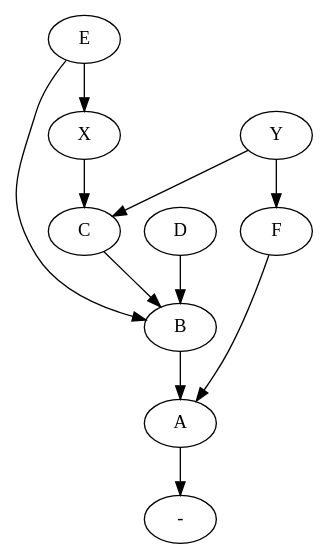
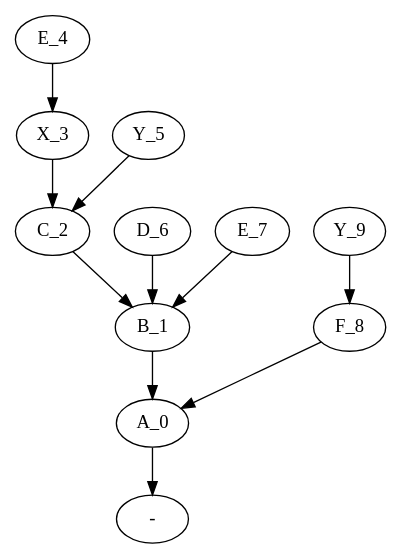
The diagram in test.dot (yigitcelik/PP_analyst), drawn with Graphviz before and after one commit. The commit also changed 6 other files, not shown here.

```diff
--- a/test.dot
+++ b/test.dot
@@ -1,12 +1,12 @@
 strict digraph "" {
-	A -> "-"	[weight=10];
-	B -> A	[weight=25];
-	C -> B	[weight=20];
-	X -> C	[weight=150];
-	F -> A	[weight=5];
-	E -> B	[weight=30];
-	E -> X	[weight=90];
-	Y -> C	[weight=10];
-	Y -> F	[weight=15];
-	D -> B	[weight=60];
+	A_0 -> "-"	[weight=10];
+	B_1 -> A_0	[weight=25];
+	C_2 -> B_1	[weight=20];
+	X_3 -> C_2	[weight=150];
+	F_8 -> A_0	[weight=5];
+	E_4 -> X_3	[weight=90];
+	Y_5 -> C_2	[weight=10];
+	D_6 -> B_1	[weight=60];
+	E_7 -> B_1	[weight=30];
+	Y_9 -> F_8	[weight=500];
 }
```
